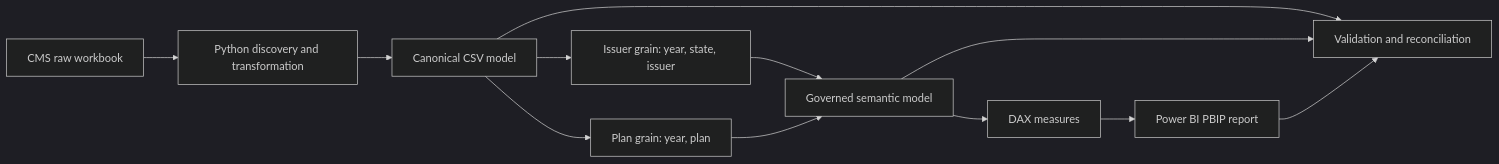
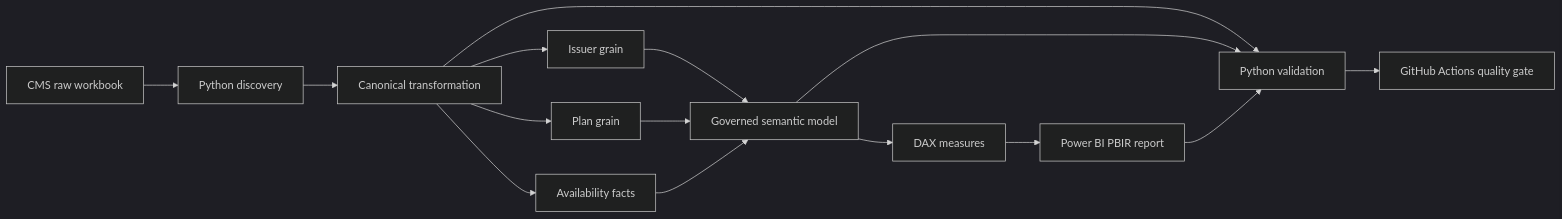
One commit to khaledzidan203-stack/transparency-in-coverage-puf changed the diagram in README.md. Above: the diagram before and after it, drawn with Mermaid (dark theme). The commit also changed other lines of this file, not shown here.

Commit message:
docs: restructure README around engineering scope and validation

````diff
--- a/README.md
+++ b/README.md
@@ -36,14 +55,17 @@
 ```mermaid
 flowchart LR
-    A[CMS raw workbook] --> B[Python discovery and transformation]
-    B --> C[Canonical CSV model]
-    C --> I[Issuer grain: year, state, issuer]
-    C --> P[Plan grain: year, plan]
+    A[CMS raw workbook] --> B[Python discovery]
+    B --> C[Canonical transformation]
+    C --> I[Issuer grain]
+    C --> P[Plan grain]
+    C --> AV[Availability facts]
     I --> S[Governed semantic model]
     P --> S
+    AV --> S
     S --> D[DAX measures]
-    D --> R[Power BI PBIP report]
-    C --> V[Validation and reconciliation]
+    D --> R[Power BI PBIR report]
+    C --> V[Python validation]
     S --> V
     R --> V
+    V --> CI[GitHub Actions quality gate]
 ```
````
